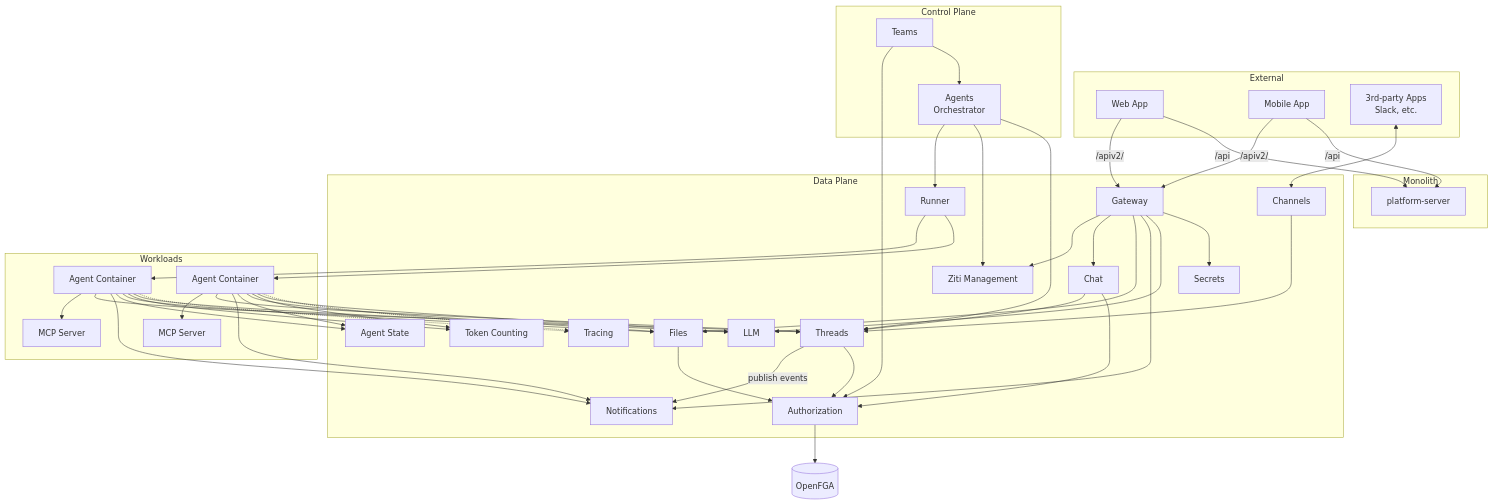
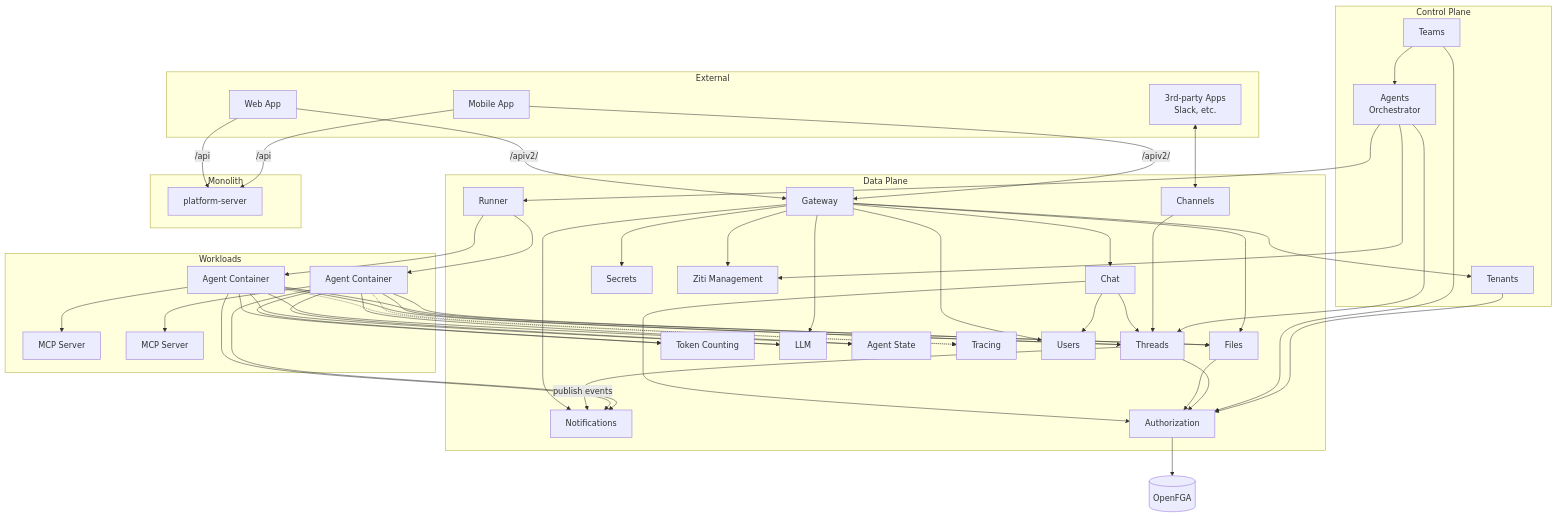
Before and after one commit to agynio/architecture: the diagram in architecture/system-overview.md, drawn with Mermaid. The commit also changed other lines of this file and 8 other files, not shown here.

```diff
--- a/architecture/system-overview.md
+++ b/architecture/system-overview.md
@@ -15,6 +15,7 @@
     subgraph Control Plane
         Teams[Teams]
         AgentsOrch[Agents<br/>Orchestrator]
+        Tenants[Tenants]
     end
 
     subgraph Data Plane
@@ -32,6 +33,7 @@
         Tracing[Tracing]
         Authorization[Authorization]
         ZitiMgmt[Ziti Management]
+        Users[Users]
     end
 
     subgraph Workloads
@@ -50,12 +52,15 @@
     ThirdParty <--> Channels
 
     Gateway --> ZitiMgmt
+    Gateway --> Users
+    Gateway --> Tenants
     Gateway --> Chat
     Gateway --> Files
     Gateway --> Notifications
     Gateway --> LLM
     Gateway --> Secrets
     Chat --> Threads
+    Chat --> Users
     Channels --> Threads
 
     Threads -->|publish events| Notifications
@@ -78,6 +83,7 @@
     Files --> Authorization
     Threads --> Authorization
     Teams --> Authorization
+    Tenants --> Authorization
     Authorization --> OpenFGA[(OpenFGA)]
 
     Teams --> AgentsOrch
```
